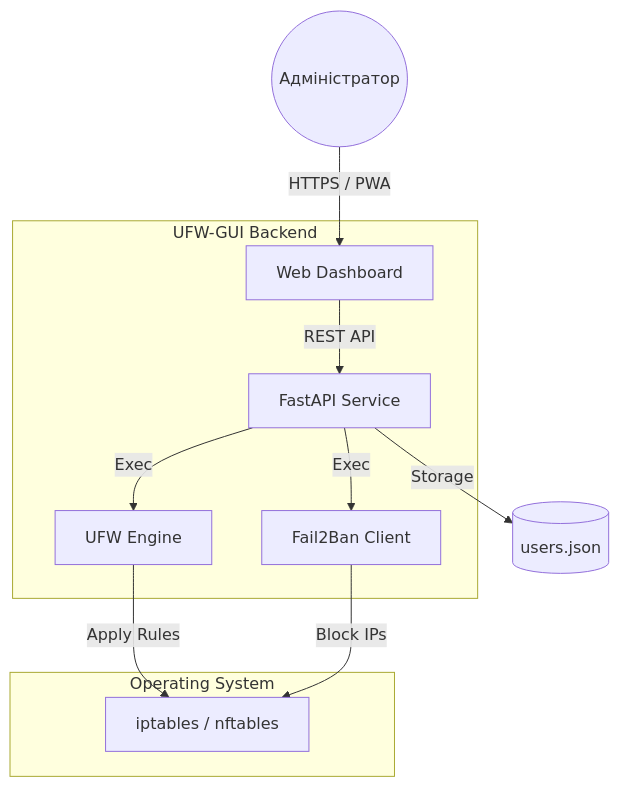
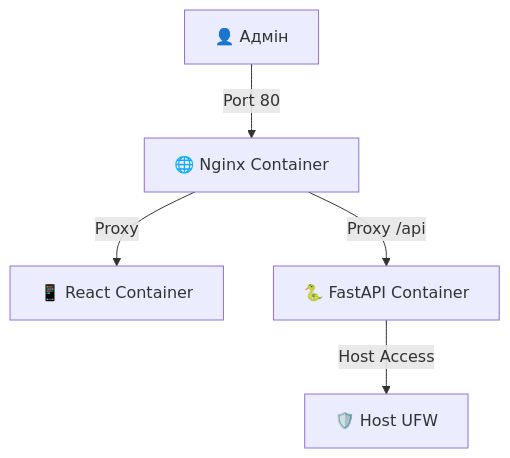
Before and after one commit to weby-homelab/ufw-gui: the diagram in README.md, drawn with Mermaid. The commit also changed other lines of this file and 1 other file, not shown here.

Commit message:
feat: UFW-GUI v1.2.0 - DOCKER Edition with hardened security

````diff
--- a/README.md
+++ b/README.md
@@ -25,17 +62,7 @@
 ```mermaid
 graph TD
-    User((Адміністратор)) -->|HTTPS / PWA| UI[Web Dashboard]
-    
-    subgraph "UFW-GUI Backend"
-        UI -->|REST API| FastAPI[FastAPI Service]
-        FastAPI -->|Exec| UFW[UFW Engine]
-        FastAPI -->|Exec| F2B[Fail2Ban Client]
-    end
-
-    subgraph "Operating System"
-        UFW -->|Apply Rules| IPT[iptables / nftables]
-        F2B -->|Block IPs| IPT
-    end
-
-    FastAPI -->|Storage| JSON[(users.json)]
+    User[👤 Адмін] -->|Port 80| Nginx[🌐 Nginx Container]
+    Nginx -->|Proxy| Frontend[📱 React Container]
+    Nginx -->|Proxy /api| Backend[🐍 FastAPI Container]
+    Backend -->|Host Access| UFW[🛡️ Host UFW]
 ```
````
